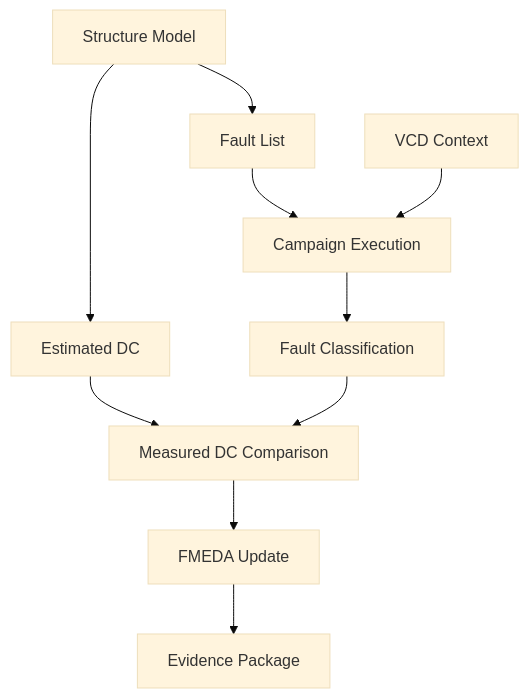
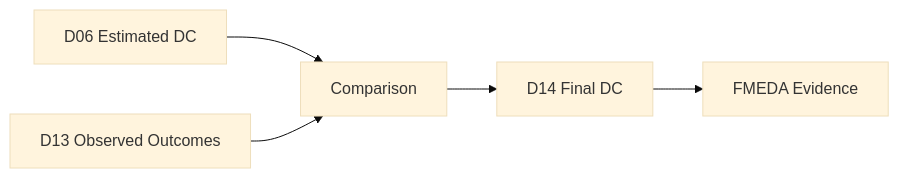
One commit to qiqixixi1001/automotive-safeic-practice changed the fifth of 8 diagrams in articles/14_automotive_safeic_practice_d14_github_en_safety_evidence_package.md. Above: the diagram before and after it, drawn with Mermaid (base theme). The commit also changed other lines of this file, not shown here.

````diff
--- a/articles/14_automotive_safeic_practice_d14_github_en_safety_evidence_package.md
+++ b/articles/14_automotive_safeic_practice_d14_github_en_safety_evidence_package.md
@@ -671,12 +212,7 @@
 ```mermaid
-flowchart TD
-    D05[Structure Model] --> D06[Estimated DC]
-    D05 --> D08[Fault List]
-    D06 --> D12[Measured DC Comparison]
-    D08 --> D10[Campaign Execution]
-    D09[VCD Context] --> D10
-    D10 --> D11[Fault Classification]
-    D11 --> D12
-    D12 --> D13[FMEDA Update]
-    D13 --> D14[Evidence Package]
+flowchart LR
+    A[D06 Estimated DC] --> C[Comparison]
+    B[D13 Observed Outcomes] --> C
+    C --> D[D14 Final DC]
+    D --> E[FMEDA Evidence]
 ```
````
